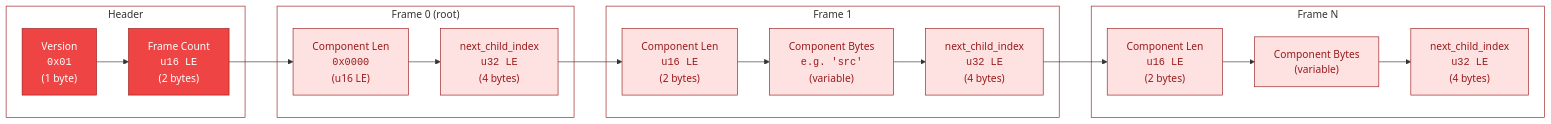
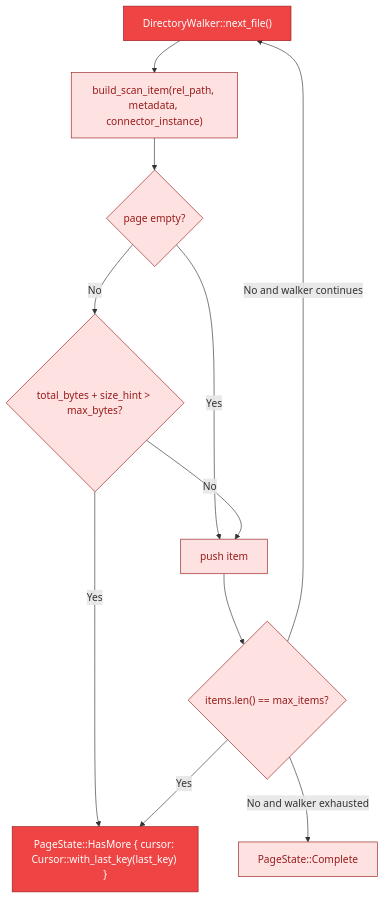
The fourth of 5 diagrams in diagrams/17-filesystem-walk-state-machine.md (ahrav/Gossip-rs), drawn with Mermaid before and after one commit. The commit also changed other lines of this file and 10 other files, not shown here.

````diff
--- a/diagrams/17-filesystem-walk-state-machine.md
+++ b/diagrams/17-filesystem-walk-state-machine.md
@@ -272,43 +170,31 @@
 ```mermaid
-%% Diagram: walk-token-wire-format
-graph LR
-    subgraph header["Header"]
-        V["Version<br/><code>0x01</code><br/>(1 byte)"]
-        FC["Frame Count<br/><code>u16 LE</code><br/>(2 bytes)"]
-    end
+%% Diagram: budgeted-page-assembly
+flowchart TD
+    WALK["DirectoryWalker::next_file()"]
+    ITEM["build_scan_item(rel_path, metadata, connector_instance)"]
+    FIRST{"page empty?"}
+    BYTES{"total_bytes + size_hint > max_bytes?"}
+    COUNT{"items.len() == max_items?"}
+    PUSH["push item"]
+    MORE["PageState::HasMore { cursor: Cursor::with_last_key(last_key) }"]
+    COMPLETE["PageState::Complete"]
 
-    subgraph frame0["Frame 0 (root)"]
-        CL0["Component Len<br/><code>0x0000</code><br/>(u16 LE)"]
-        CI0["next_child_index<br/><code>u32 LE</code><br/>(4 bytes)"]
-    end
+    WALK --> ITEM --> FIRST
+    FIRST -->|"Yes"| PUSH
+    FIRST -->|"No"| BYTES
+    BYTES -->|"Yes"| MORE
+    BYTES -->|"No"| PUSH
+    PUSH --> COUNT
+    COUNT -->|"Yes"| MORE
+    COUNT -->|"No and walker exhausted"| COMPLETE
+    COUNT -->|"No and walker continues"| WALK
 
-    subgraph frame1["Frame 1"]
-        CL1["Component Len<br/><code>u16 LE</code><br/>(2 bytes)"]
-        CB1["Component Bytes<br/><code>e.g. 'src'</code><br/>(variable)"]
-        CI1["next_child_index<br/><code>u32 LE</code><br/>(4 bytes)"]
-    end
-
-    subgraph frame2["Frame N"]
-        CL2["Component Len<br/><code>u16 LE</code><br/>(2 bytes)"]
-        CB2["Component Bytes<br/>(variable)"]
-        CI2["next_child_index<br/><code>u32 LE</code><br/>(4 bytes)"]
-    end
-
-    V --> FC --> CL0 --> CI0 --> CL1 --> CB1 --> CI1 --> CL2 --> CB2 --> CI2
-
-    style header fill:none,stroke:#991B1B,stroke-width:1px
-    style frame0 fill:none,stroke:#991B1B,stroke-width:1px
-    style frame1 fill:none,stroke:#991B1B,stroke-width:1px
-    style frame2 fill:none,stroke:#991B1B,stroke-width:1px
-
-    style V fill:#EF4444,stroke:#991B1B,color:#FFFFFF
-    style FC fill:#EF4444,stroke:#991B1B,color:#FFFFFF
-    style CL0 fill:#FEE2E2,stroke:#991B1B,color:#991B1B
-    style CI0 fill:#FEE2E2,stroke:#991B1B,color:#991B1B
-    style CL1 fill:#FEE2E2,stroke:#991B1B,color:#991B1B
-    style CB1 fill:#FEE2E2,stroke:#991B1B,color:#991B1B
-    style CI1 fill:#FEE2E2,stroke:#991B1B,color:#991B1B
-    style CL2 fill:#FEE2E2,stroke:#991B1B,color:#991B1B
-    style CB2 fill:#FEE2E2,stroke:#991B1B,color:#991B1B
-    style CI2 fill:#FEE2E2,stroke:#991B1B,color:#991B1B
+    style WALK fill:#EF4444,stroke:#991B1B,color:#FFFFFF
+    style ITEM fill:#FEE2E2,stroke:#991B1B,color:#991B1B
+    style FIRST fill:#FEE2E2,stroke:#991B1B,color:#991B1B
+    style BYTES fill:#FEE2E2,stroke:#991B1B,color:#991B1B
+    style COUNT fill:#FEE2E2,stroke:#991B1B,color:#991B1B
+    style PUSH fill:#FEE2E2,stroke:#991B1B,color:#991B1B
+    style MORE fill:#EF4444,stroke:#991B1B,color:#FFFFFF
+    style COMPLETE fill:#FEE2E2,stroke:#991B1B,color:#991B1B
 ```
````
